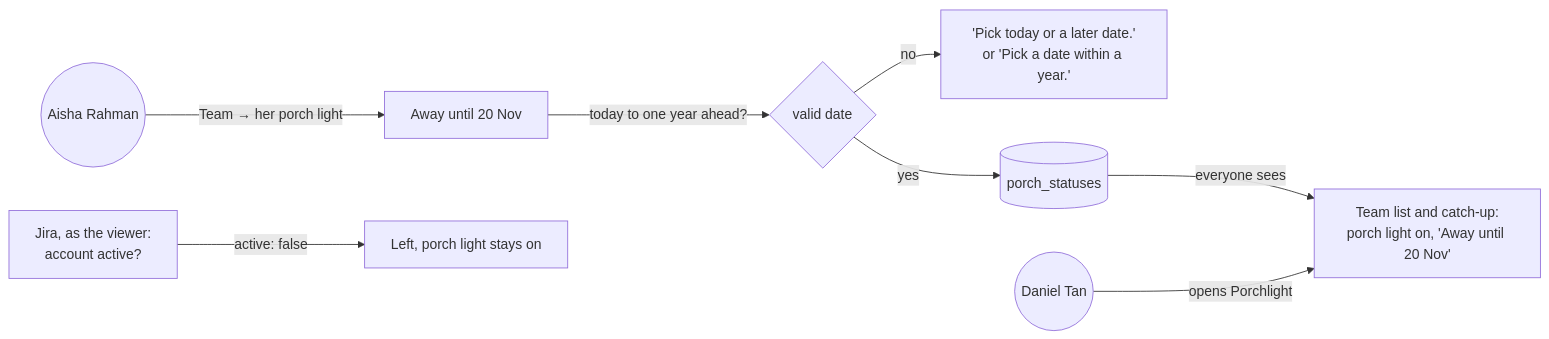
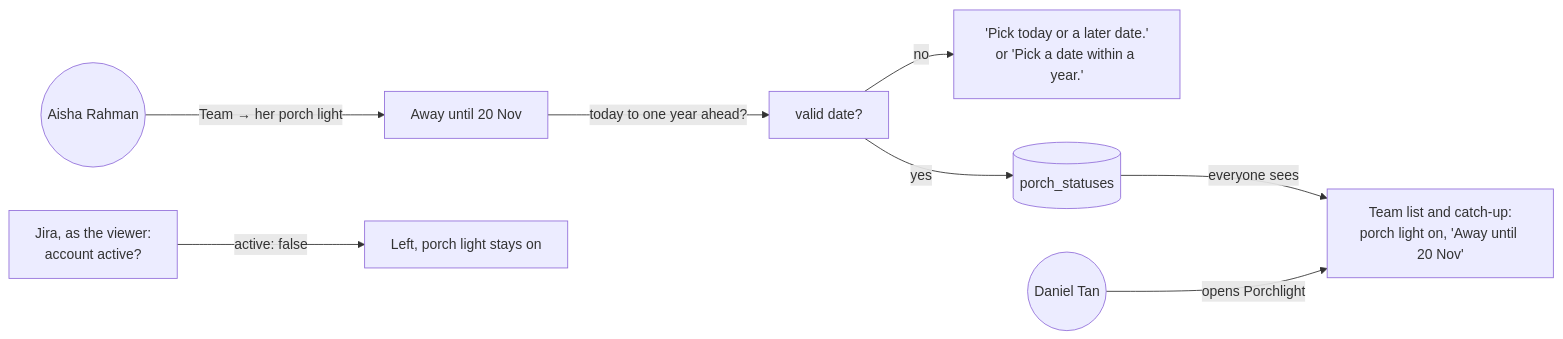
One commit to dzaffren/porchlight changed the first of 7 diagrams in docs/specs/porch-status.md. Above: the diagram before and after it, drawn with Mermaid. The commit also changed other lines of this file and 1 other file, not shown here.

````diff
--- a/docs/specs/porch-status.md
+++ b/docs/specs/porch-status.md
@@ -31,10 +31,10 @@
 ```mermaid
 flowchart LR
     A((Aisha Rahman)) -- "Team → her porch light" --> S["Away until 20 Nov"]
-    S -- "today to one year ahead?" --> V{valid date}
+    S -- "today to one year ahead?" --> V["valid date?"]
     V -- no --> E["'Pick today or a later date.'<br/>or 'Pick a date within a year.'"]
     V -- yes --> DB[(porch_statuses)]
     DB -- "everyone sees" --> T["Team list and catch-up:<br/>porch light on, 'Away until 20 Nov'"]
     D((Daniel Tan)) -- "opens Porchlight" --> T
     J["Jira, as the viewer:<br/>account active?"] -- "active: false" --> L["Left, porch light stays on"]
 ```
````
